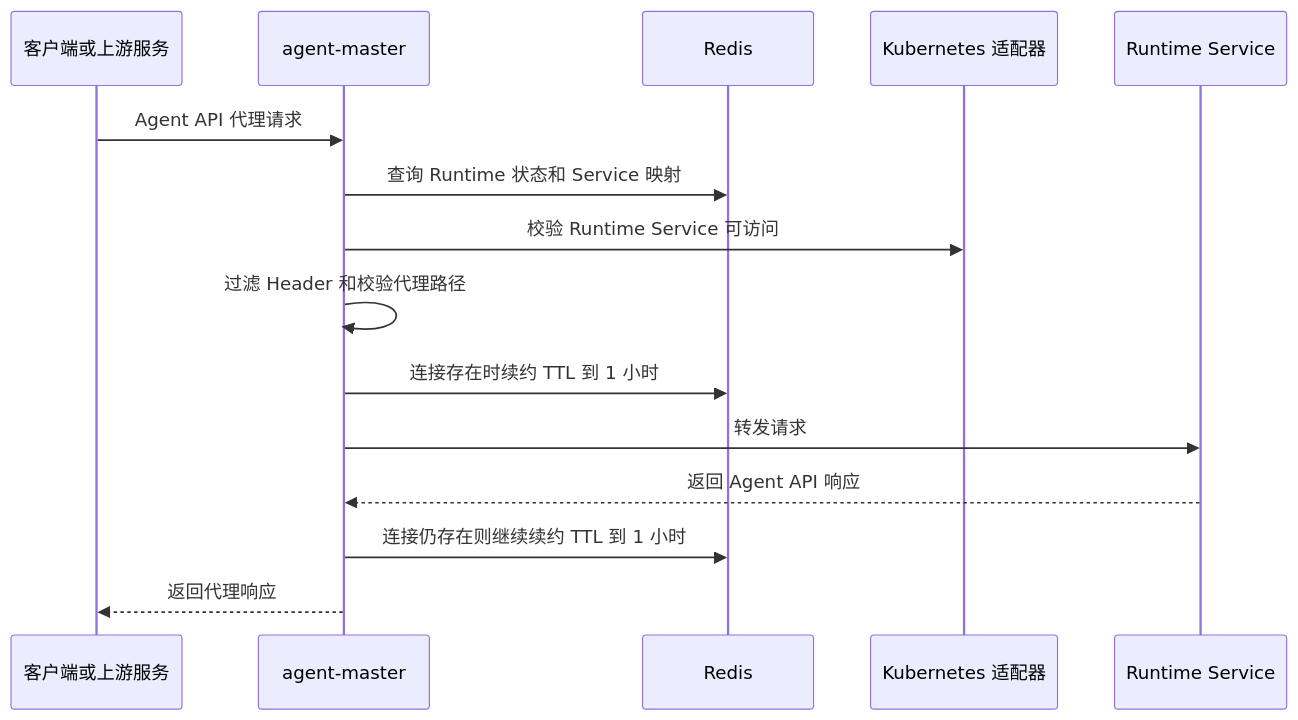
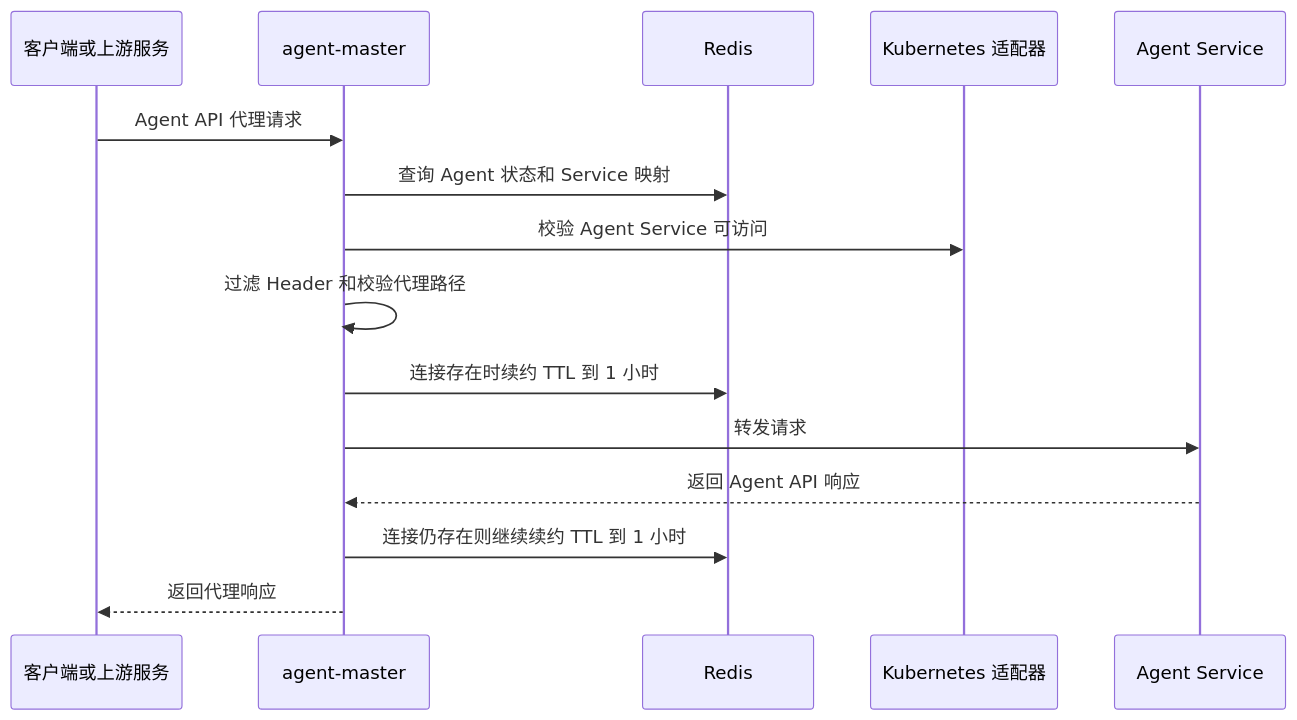
Before and after one commit to ArchAIHarness/agent-master: the fourth of 7 diagrams in README.md, drawn with Mermaid. The commit also changed other lines of this file and 24 other files, not shown here.

Commit message:
fix: restore stable runtime control flow

````diff
--- a/README.md
+++ b/README.md
@@ -185,18 +186,18 @@
 ```mermaid
 sequenceDiagram
     participant C as 客户端或上游服务
     participant A as agent-master
     participant R as Redis
     participant K as Kubernetes 适配器
-    participant S as Runtime Service
+    participant S as Agent Service
 
     C->>A: Agent API 代理请求
-    A->>R: 查询 Runtime 状态和 Service 映射
-    A->>K: 校验 Runtime Service 可访问
+    A->>R: 查询 Agent 状态和 Service 映射
+    A->>K: 校验 Agent Service 可访问
     A->>A: 过滤 Header 和校验代理路径
     A->>R: 连接存在时续约 TTL 到 1 小时
     A->>S: 转发请求
     S-->>A: 返回 Agent API 响应
     A->>R: 连接仍存在则继续续约 TTL 到 1 小时
     A-->>C: 返回代理响应
 ```
````
